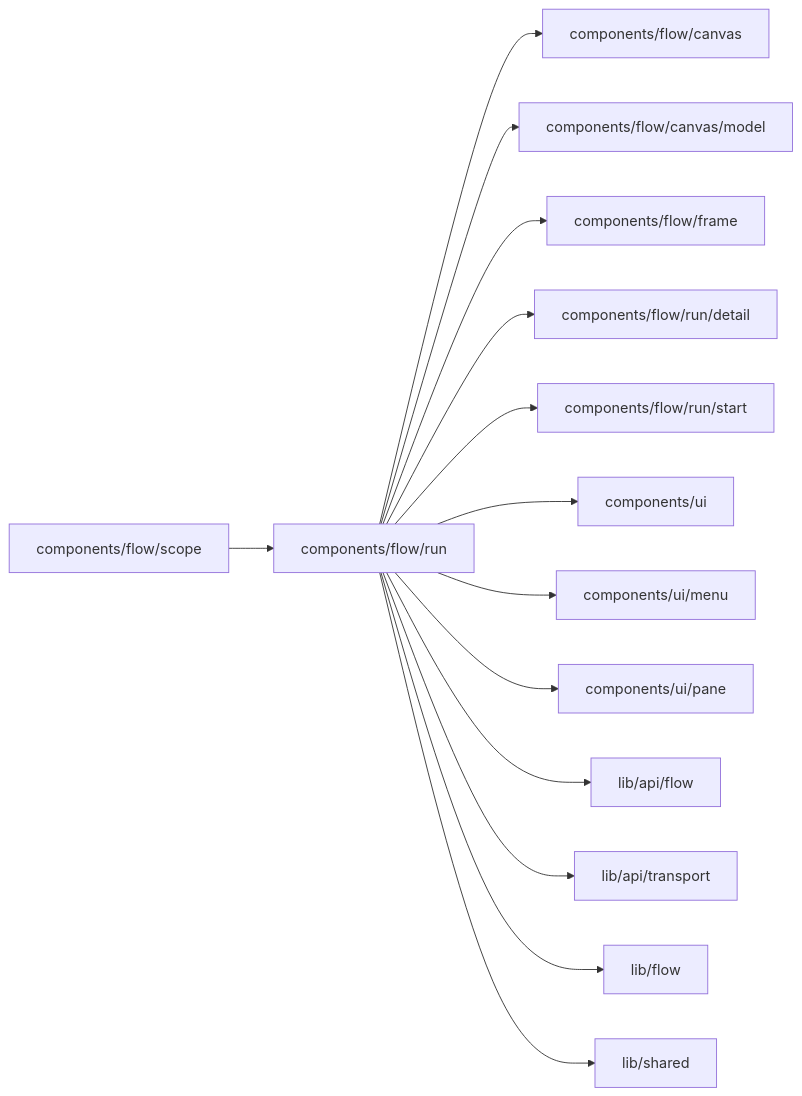
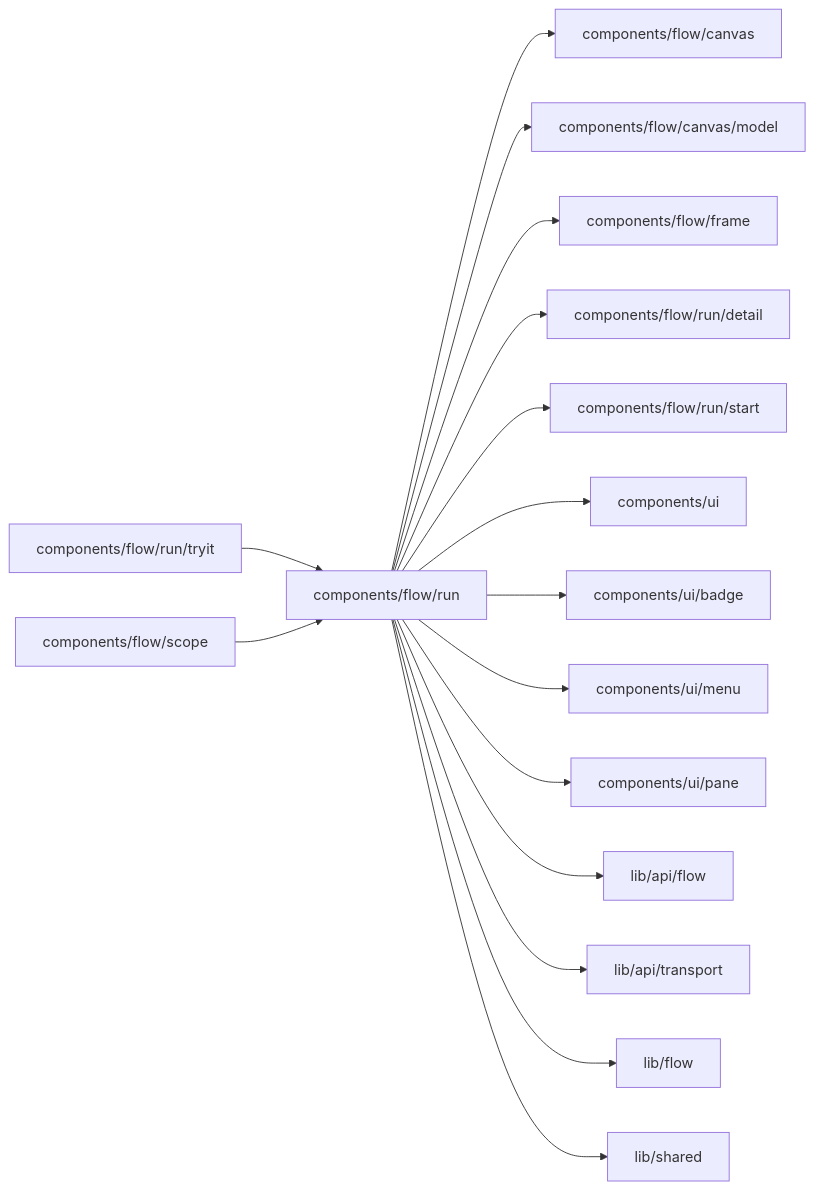
Before and after one commit to superdurable/superverse: the diagram in web/studio/components/flow/run/README.md, drawn with Mermaid. The commit also changed other lines of this file and 278 other files, not shown here.

````diff
--- a/web/studio/components/flow/run/README.md
+++ b/web/studio/components/flow/run/README.md
@@ -10,17 +10,19 @@
 ```mermaid
 flowchart LR
   self["components/flow/run"]
-  c0["components/flow/scope"] --> self
+  c0["components/flow/run/tryit"] --> self
+  c1["components/flow/scope"] --> self
   self --> d0["components/flow/canvas"]
   self --> d1["components/flow/canvas/model"]
   self --> d2["components/flow/frame"]
   self --> d3["components/flow/run/detail"]
   self --> d4["components/flow/run/start"]
   self --> d5["components/ui"]
-  self --> d6["components/ui/menu"]
-  self --> d7["components/ui/pane"]
-  self --> d8["lib/api/flow"]
-  self --> d9["lib/api/transport"]
-  self --> d10["lib/flow"]
-  self --> d11["lib/shared"]
+  self --> d6["components/ui/badge"]
+  self --> d7["components/ui/menu"]
+  self --> d8["components/ui/pane"]
+  self --> d9["lib/api/flow"]
+  self --> d10["lib/api/transport"]
+  self --> d11["lib/flow"]
+  self --> d12["lib/shared"]
 ```
````
